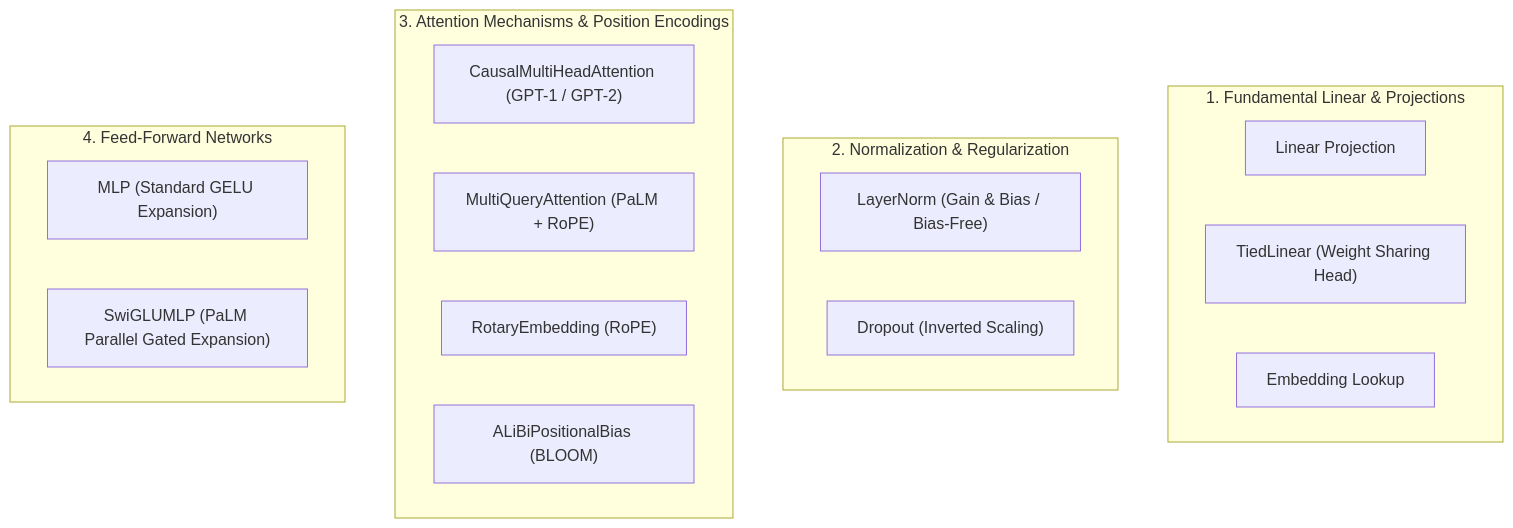
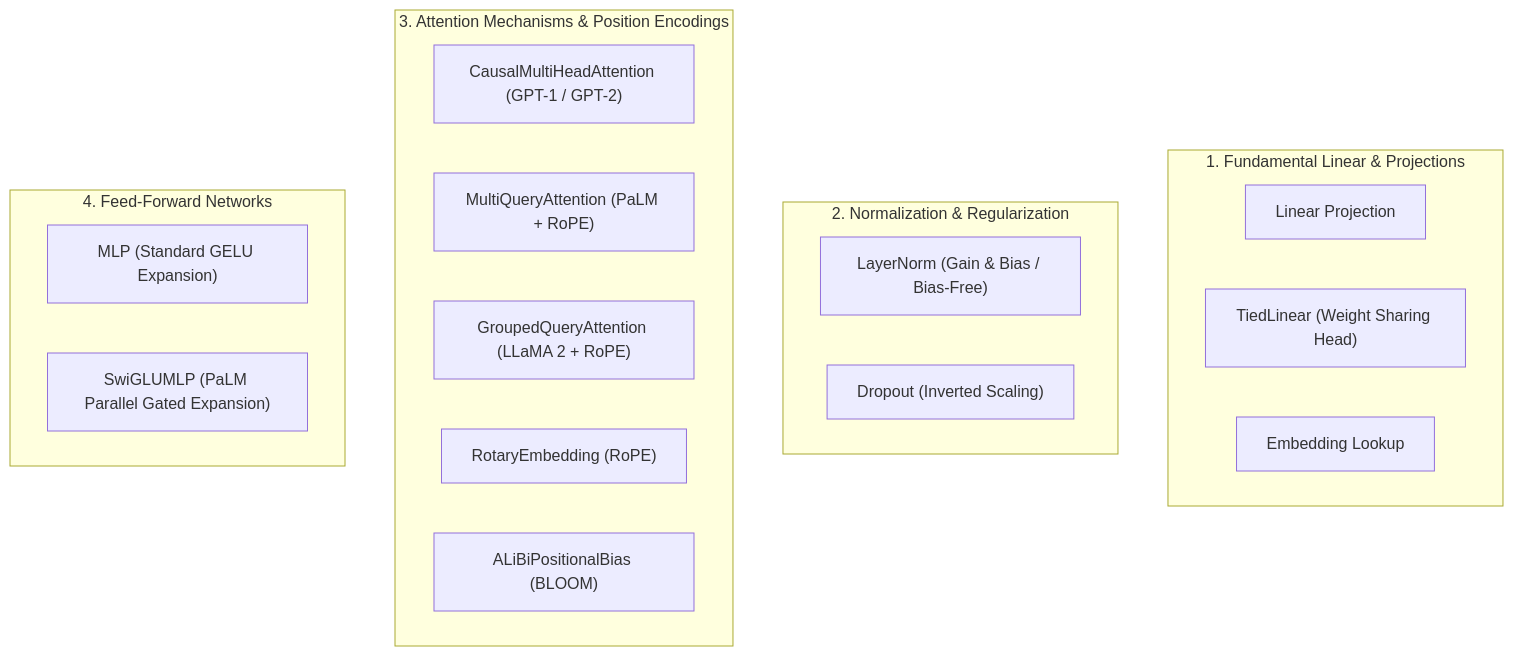
The diagram in docs/layers/README.md (Ritvik19/NNFS), drawn with Mermaid before and after one commit. The commit also changed other lines of this file and 24 other files, not shown here.

Commit message:
feat: implement Grouped Query Attention (GQA) and LLaMA 2 model architecture

````diff
--- a/docs/layers/README.md
+++ b/docs/layers/README.md
@@ -15,25 +15,26 @@
 ```mermaid
 flowchart TD
     subgraph Fundamental ["1. Fundamental Linear & Projections"]
         Linear["Linear Projection"]
         TiedLinear["TiedLinear (Weight Sharing Head)"]
         Embedding["Embedding Lookup"]
     end
 
     subgraph Normalization ["2. Normalization & Regularization"]
         LayerNorm["LayerNorm (Gain & Bias / Bias-Free)"]
         Dropout["Dropout (Inverted Scaling)"]
     end
 
     subgraph Attention ["3. Attention Mechanisms & Position Encodings"]
         CMHA["CausalMultiHeadAttention (GPT-1 / GPT-2)"]
         MQA["MultiQueryAttention (PaLM + RoPE)"]
+        GQA["GroupedQueryAttention (LLaMA 2 + RoPE)"]
         RoPE["RotaryEmbedding (RoPE)"]
         ALiBi["ALiBiPositionalBias (BLOOM)"]
     end
 
     subgraph FeedForward ["4. Feed-Forward Networks"]
         MLP["MLP (Standard GELU Expansion)"]
         SwiGLUMLP["SwiGLUMLP (PaLM Parallel Gated Expansion)"]
     end
 ```
````
